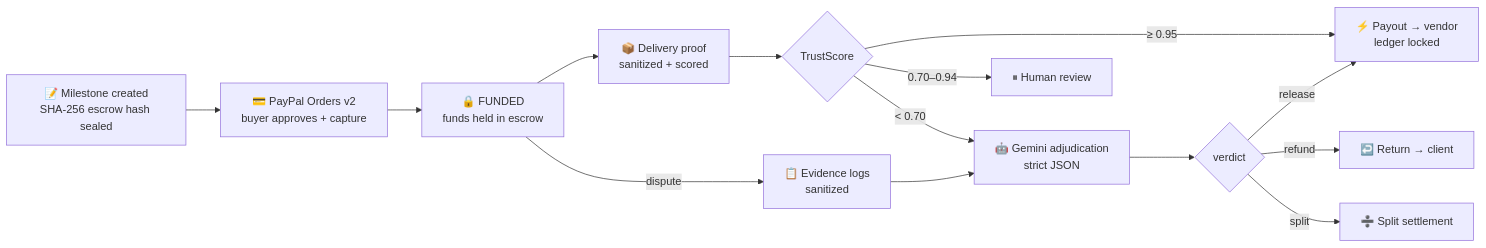
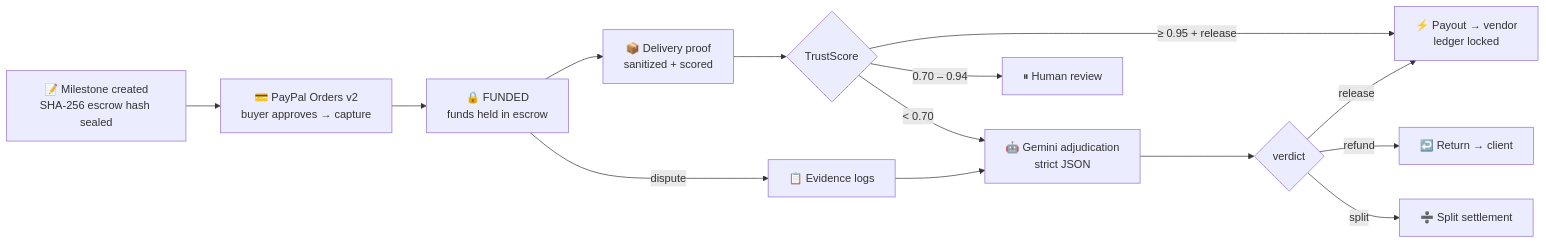
The diagram in README.md (saviochackoxavier-tech/TrustLedger-AI), drawn with Mermaid before and after one commit. The commit also changed other lines of this file and 13 other files, not shown here.

````diff
--- a/README.md
+++ b/README.md
@@ -83,16 +108,16 @@
 ```mermaid
 flowchart LR
-    A["📝 Milestone created<br/>SHA-256 escrow hash sealed"] --> B["💳 PayPal Orders v2<br/>buyer approves + capture"]
+    A["📝 Milestone created<br/>SHA-256 escrow hash sealed"] --> B["💳 PayPal Orders v2<br/>buyer approves → capture"]
     B --> C["🔒 FUNDED<br/>funds held in escrow"]
     C --> D["📦 Delivery proof<br/>sanitized + scored"]
-    C -->|dispute| E["📋 Evidence logs<br/>sanitized"]
+    C -->|dispute| E["📋 Evidence logs"]
     D --> G{"TrustScore"}
     E --> F["🤖 Gemini adjudication<br/>strict JSON"]
-    G -->|"≥ 0.95"| H["⚡ Payout → vendor<br/>ledger locked"]
-    G -->|"0.70–0.94"| I["⏸ Human review"]
+    G -->|"≥ 0.95 + release"| H["⚡ Payout → vendor<br/>ledger locked"]
+    G -->|"0.70 – 0.94"| I["⏸ Human review"]
     G -->|"< 0.70"| F
     F --> J{"verdict"}
     J -->|release| H
     J -->|refund| K["↩️ Return → client"]
     J -->|split| L["➗ Split settlement"]
 ```
````
